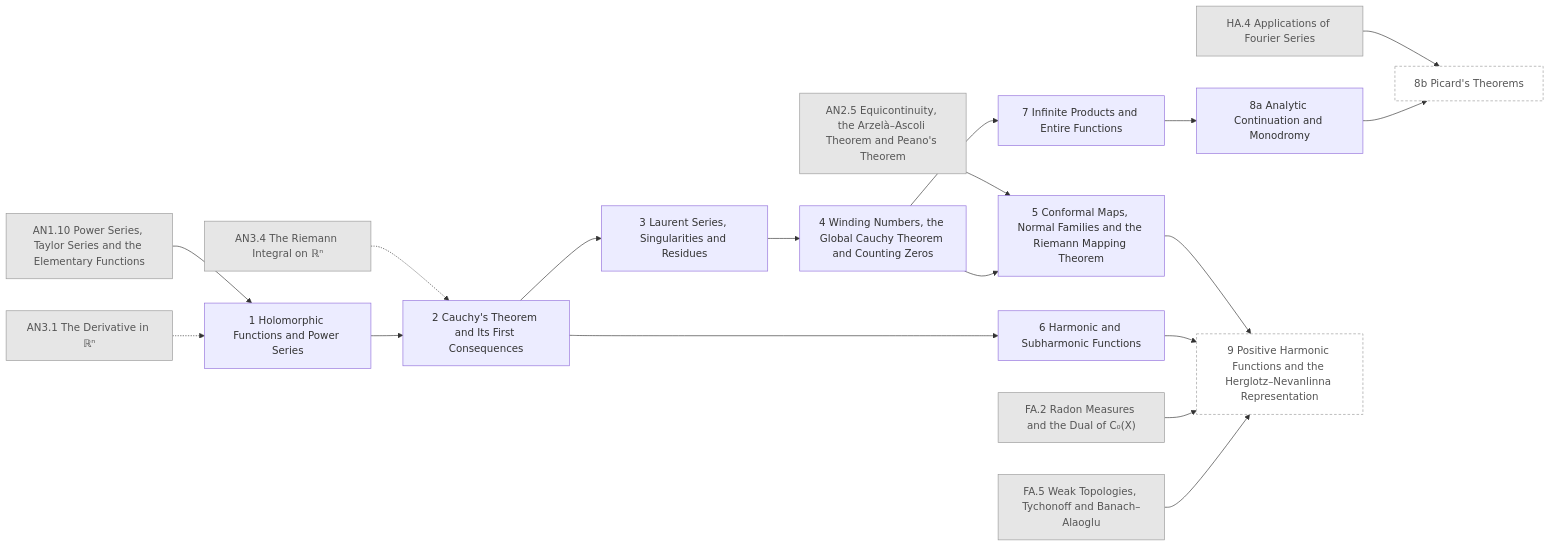
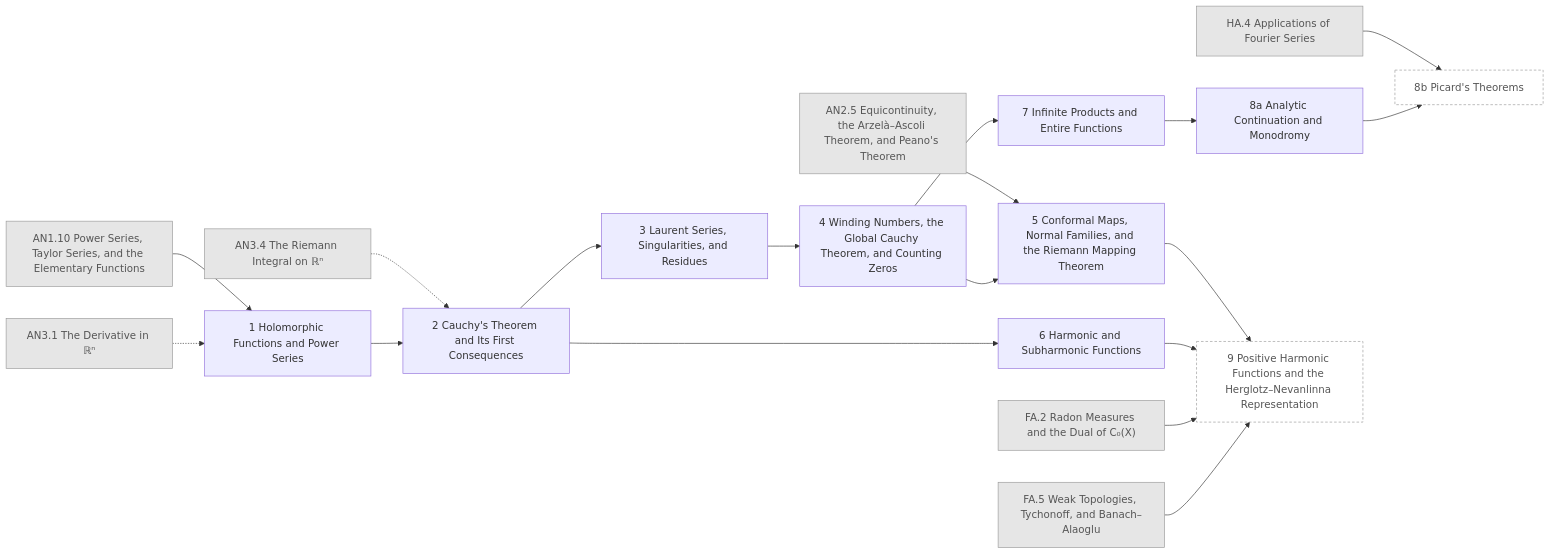
Before and after one commit to AkizumiFox/math-atlas: diagram 17 of 26 in generated/README.md, drawn with Mermaid. The commit also changed other lines of this file and 24 other files, not shown here.

````diff
--- a/generated/README.md
+++ b/generated/README.md
@@ -506,40 +506,40 @@
 ```mermaid
 flowchart LR
-  AN1_10["AN1.10 Power Series, Taylor Series and the Elementary Functions"]:::ext
-  AN2_5["AN2.5 Equicontinuity, the Arzelà–Ascoli Theorem and Peano's Theorem"]:::ext
+  AN1_10["AN1.10 Power Series, Taylor Series, and the Elementary Functions"]:::ext
+  AN2_5["AN2.5 Equicontinuity, the Arzelà–Ascoli Theorem, and Peano's Theorem"]:::ext
   AN3_1["AN3.1 The Derivative in ℝⁿ"]:::ext
   AN3_4["AN3.4 The Riemann Integral on ℝⁿ"]:::ext
   HA_4["HA.4 Applications of Fourier Series"]:::ext
   FA_2["FA.2 Radon Measures and the Dual of C₀(X)"]:::ext
-  FA_5["FA.5 Weak Topologies, Tychonoff and Banach–Alaoglu"]:::ext
+  FA_5["FA.5 Weak Topologies, Tychonoff, and Banach–Alaoglu"]:::ext
   CA_1["1 Holomorphic Functions and Power Series"]
   CA_2["2 Cauchy's Theorem and Its First Consequences"]
-  CA_3["3 Laurent Series, Singularities and Residues"]
-  CA_4["4 Winding Numbers, the Global Cauchy Theorem and Counting Zeros"]
-  CA_5["5 Conformal Maps, Normal Families and the Riemann Mapping Theorem"]
+  CA_3["3 Laurent Series, Singularities, and Residues"]
+  CA_4["4 Winding Numbers, the Global Cauchy Theorem, and Counting Zeros"]
+  CA_5["5 Conformal Maps, Normal Families, and the Riemann Mapping Theorem"]
   CA_6["6 Harmonic and Subharmonic Functions"]
   CA_7["7 Infinite Products and Entire Functions"]
   CA_8a["8a Analytic Continuation and Monodromy"]
   CA_8b["8b Picard's Theorems"]:::opt
   CA_9["9 Positive Harmonic Functions and the Herglotz–Nevanlinna Representation"]:::opt
   AN1_10 --> CA_1
   AN3_1 -.-> CA_1
   AN3_4 -.-> CA_2
   CA_1 --> CA_2
   CA_2 --> CA_3
   CA_3 --> CA_4
   AN2_5 --> CA_5
   CA_4 --> CA_5
   CA_2 --> CA_6
   CA_4 --> CA_7
   CA_7 --> CA_8a
   HA_4 --> CA_8b
   CA_8a --> CA_8b
   CA_5 --> CA_9
   CA_6 --> CA_9
   FA_2 --> CA_9
   FA_5 --> CA_9
   classDef ext fill:#e6e6e6,stroke:#999,color:#555
   classDef opt fill:#fff,stroke:#999,stroke-dasharray:4 3,color:#555
   classDef segb fill:#f6f6fb,stroke:#99a,color:#333
 ```
````
